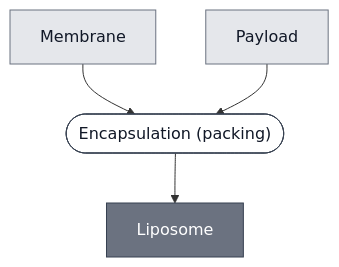
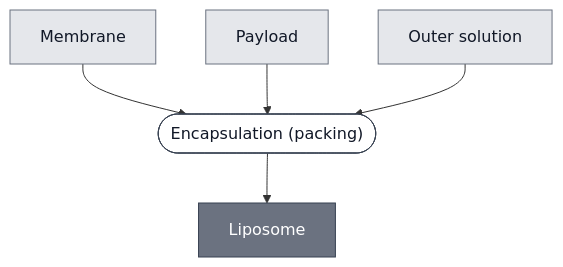
One commit to nucleus-eng/nucleus-docs changed the diagram in docs/modules/liposome/spec.md. Above: the diagram before and after it, drawn with Mermaid. The commit also changed 41 other files, not shown here.

````diff
--- a/docs/modules/liposome/spec.md
+++ b/docs/modules/liposome/spec.md
@@ -35,24 +35,27 @@
 ```mermaid
 flowchart TD
+    OUTER_SOLUTION["Outer solution"]
     LIPID_MEMBRANE["Membrane"]
     PAYLOAD["Payload"]
 
     P1_CLOSE_A_LIPID_BILAYER_AROUND_THE_PAYLOAD_0(["Encapsulation (packing)"])
     LIPOSOME["Liposome"]
 
     LIPID_MEMBRANE --> P1_CLOSE_A_LIPID_BILAYER_AROUND_THE_PAYLOAD_0
     PAYLOAD --> P1_CLOSE_A_LIPID_BILAYER_AROUND_THE_PAYLOAD_0
+    OUTER_SOLUTION --> P1_CLOSE_A_LIPID_BILAYER_AROUND_THE_PAYLOAD_0
     P1_CLOSE_A_LIPID_BILAYER_AROUND_THE_PAYLOAD_0 --> LIPOSOME
 
 
     classDef leaf     fill:#e5e7eb,stroke:#6b7280,color:#111827;
     classDef composed fill:#6b7280,stroke:#374151,color:#ffffff;
     classDef process  fill:#ffffff,stroke:#374151,color:#111827;
-    class LIPID_MEMBRANE,PAYLOAD leaf;
+    class OUTER_SOLUTION,LIPID_MEMBRANE,PAYLOAD leaf;
     class LIPOSOME composed;
     class P1_CLOSE_A_LIPID_BILAYER_AROUND_THE_PAYLOAD_0 process;
 
+    click OUTER_SOLUTION "/docs/modules/outer-solution/spec"
     click LIPID_MEMBRANE "/docs/modules/membrane/spec"
     click P1_CLOSE_A_LIPID_BILAYER_AROUND_THE_PAYLOAD_0 "/docs/processes/encapsulate/main"
     click LIPOSOME "/docs/modules/liposome/spec"
 ```
````
